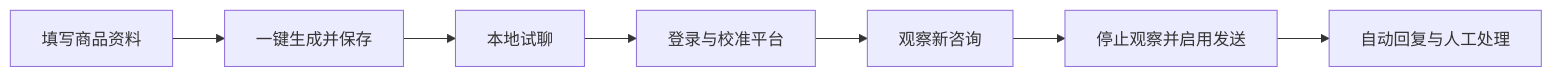
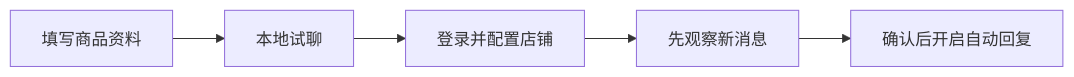
Before and after one commit to yelinyuan798-commits/UniversalECommerceBot: the diagram in README.md, drawn with Mermaid. The commit also changed other lines of this file and 2 other files, not shown here.

````diff
--- a/README.md
+++ b/README.md
@@ -54,9 +51,7 @@
 ```mermaid
 flowchart LR
-    A[填写商品资料] --> B[一键生成并保存]
-    B --> C[本地试聊]
-    C --> D[登录与校准平台]
-    D --> E[观察新咨询]
-    E --> F[停止观察并启用发送]
-    F --> G[自动回复与人工处理]
+    A[填写商品资料] --> B[本地试聊]
+    B --> C[登录并配置店铺]
+    C --> D[先观察新消息]
+    D --> E[确认后开启自动回复]
 ```
````
